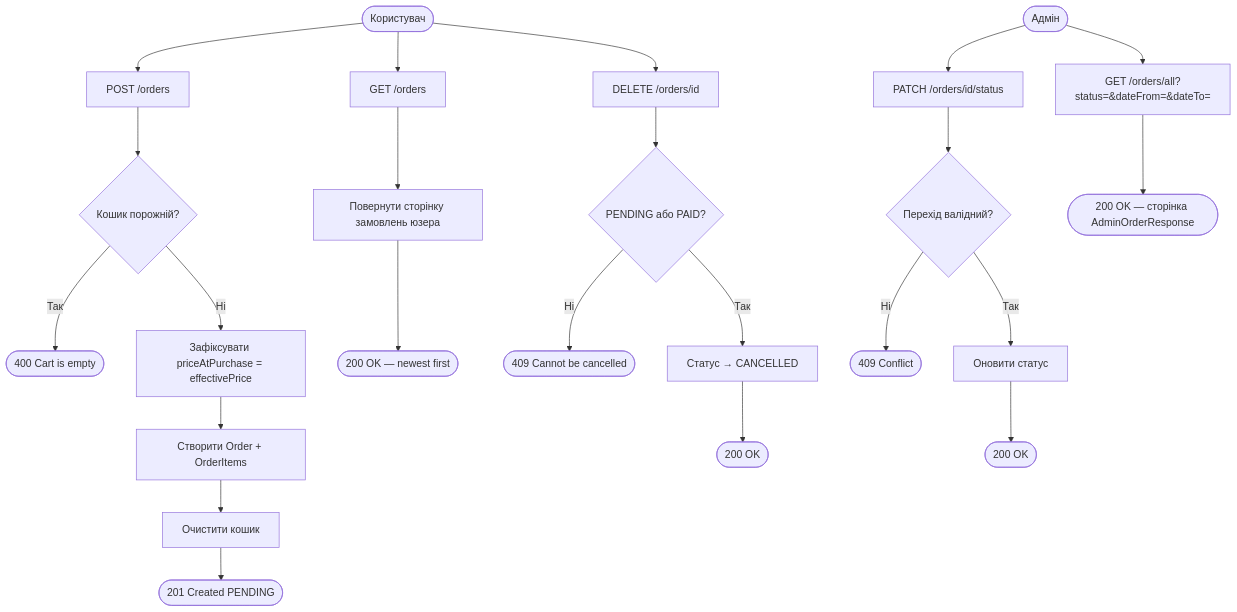
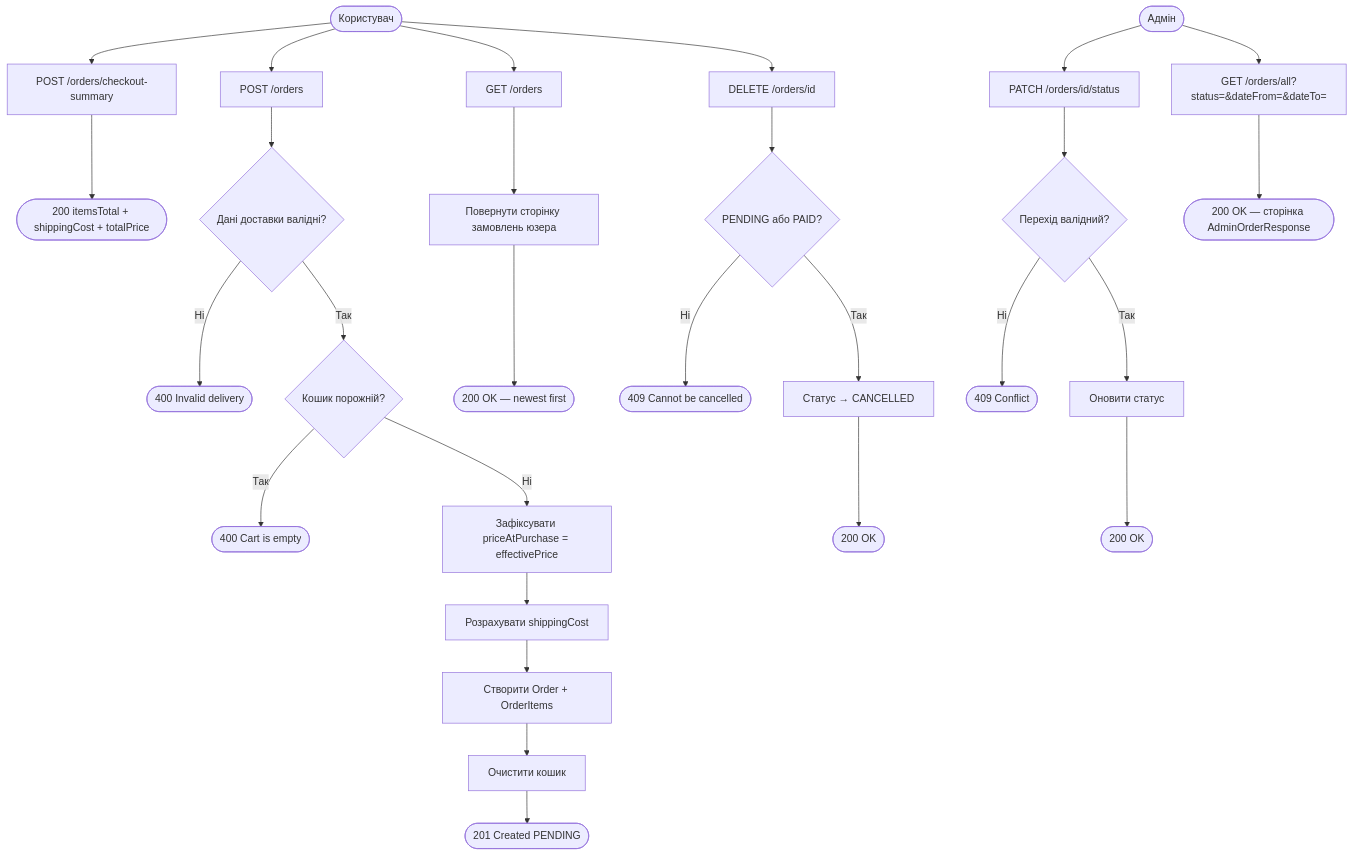
Before and after one commit to MaksymChalyi/Verdora-backend: the first of 3 diagrams in docs/order/orders.md, drawn with Mermaid. The commit also changed other lines of this file and 2 other files, not shown here.

````diff
--- a/docs/order/orders.md
+++ b/docs/order/orders.md
@@ -329,29 +408,35 @@
 ```mermaid
 flowchart TD
+    A --> CS[POST /orders/checkout-summary]
+    CS --> CS2([200 itemsTotal + shippingCost + totalPrice])
+
     A([Користувач]) --> B[POST /orders]
-    B --> C{Кошик порожній?}
+    B --> B1{Дані доставки валідні?}
+    B1 -- Ні --> B2([400 Invalid delivery])
+    B1 -- Так --> C{Кошик порожній?}
     C -- Так --> D([400 Cart is empty])
     C -- Ні --> E[Зафіксувати priceAtPurchase = effectivePrice]
-    E --> F[Створити Order + OrderItems]
+    E --> E1[Розрахувати shippingCost]
+    E1 --> F[Створити Order + OrderItems]
     F --> G[Очистити кошик]
     G --> H([201 Created PENDING])
 
     A --> I[GET /orders]
     I --> J[Повернути сторінку замовлень юзера]
     J --> K([200 OK — newest first])
 
     A --> L[DELETE /orders/id]
     L --> M{PENDING або PAID?}
     M -- Ні --> N([409 Cannot be cancelled])
     M -- Так --> O[Статус → CANCELLED]
     O --> P([200 OK])
 
     ADMIN([Адмін]) --> Q[PATCH /orders/id/status]
     Q --> R{Перехід валідний?}
     R -- Ні --> T([409 Conflict])
     R -- Так --> U[Оновити статус]
     U --> S([200 OK])
 
     ADMIN --> V[GET /orders/all?status=&dateFrom=&dateTo=]
     V --> W([200 OK — сторінка AdminOrderResponse])
 ```
````
